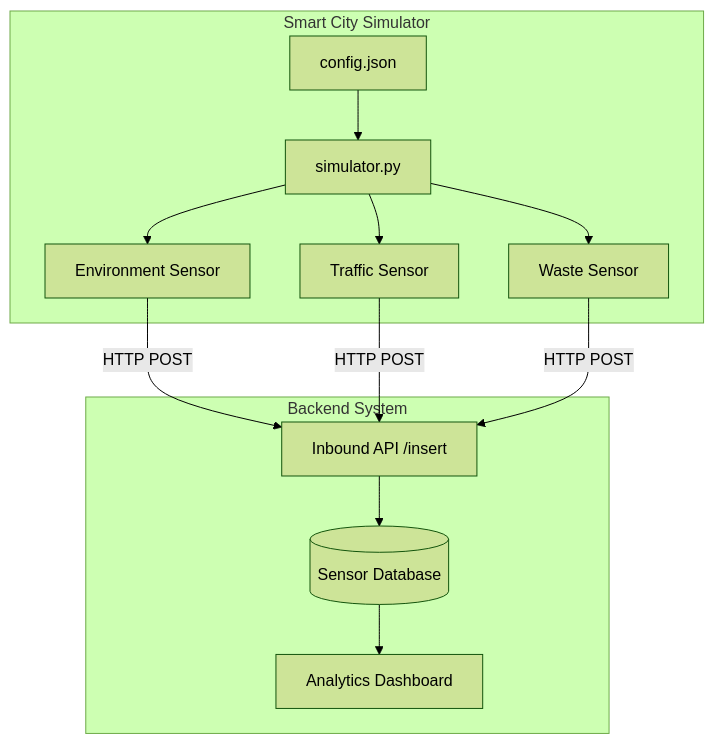
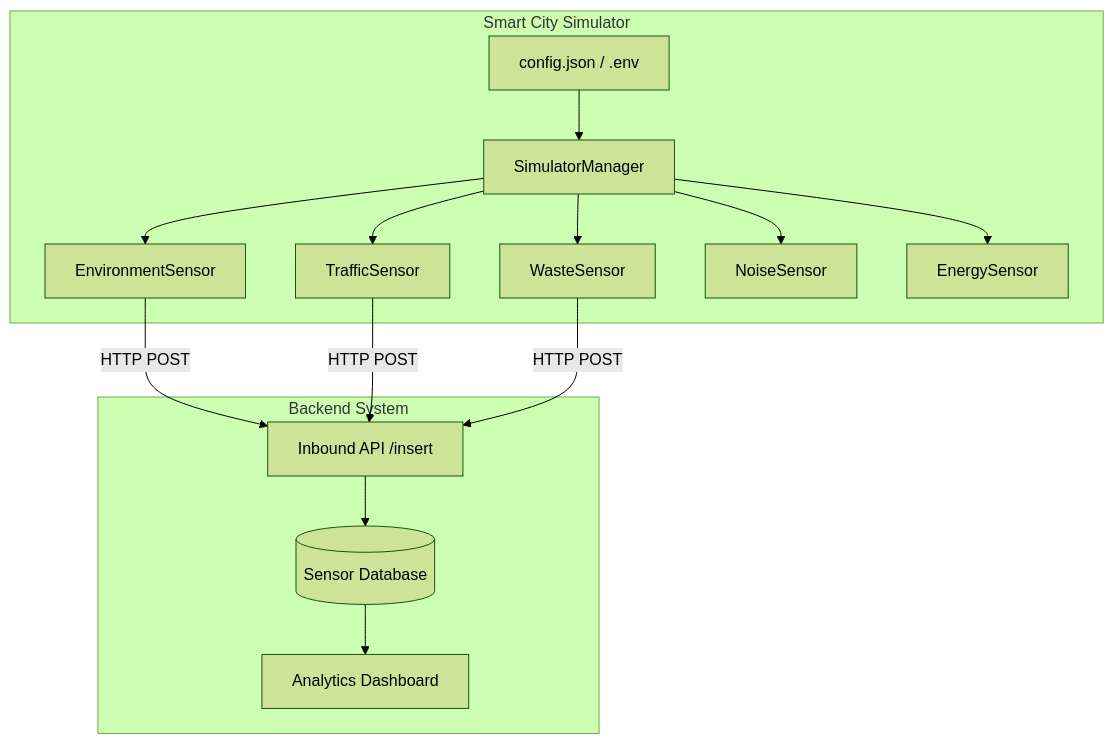
Before and after one commit to SricharanAsr/Distributed-Systems-Smart-City-Sensor-Project-Simulator-: the diagram in README.md, drawn with Mermaid (forest theme). The commit also changed other lines of this file and 1 other file, not shown here.

````diff
--- a/README.md
+++ b/README.md
@@ -7,18 +7,20 @@
 ```mermaid
 graph TD
     subgraph "Smart City Simulator"
-        Config[config.json] --> Sim[simulator.py]
-        Sim --> ES[Environment Sensor]
-        Sim --> TS[Traffic Sensor]
-        Sim --> WS[Waste Sensor]
+        Config[config.json / .env] --> Sim[SimulatorManager]
+        Sim --> ES[EnvironmentSensor]
+        Sim --> TS[TrafficSensor]
+        Sim --> WS[WasteSensor]
+        Sim --> NS[NoiseSensor]
+        Sim --> EnS[EnergySensor]
     end
 
     subgraph "Backend System"
         API[Inbound API /insert] --> DB[(Sensor Database)]
         DB --> Dashboard[Analytics Dashboard]
     end
 
     ES -- HTTP POST --> API
     TS -- HTTP POST --> API
     WS -- HTTP POST --> API
 ```
````
